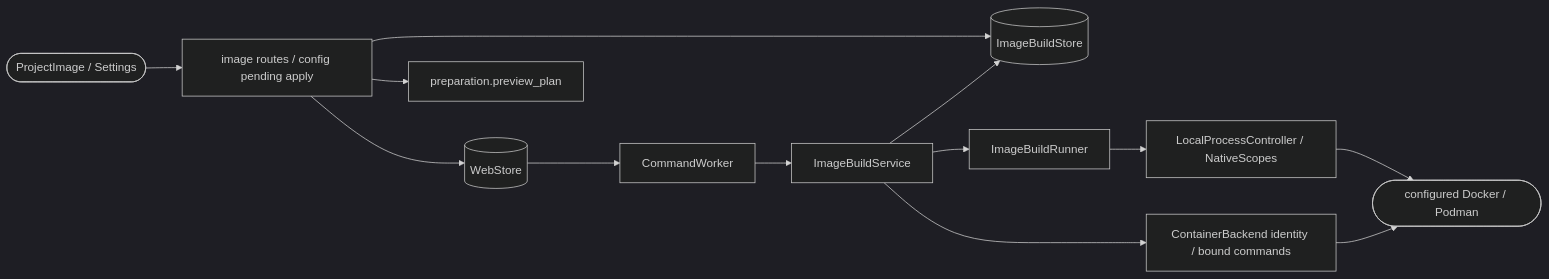
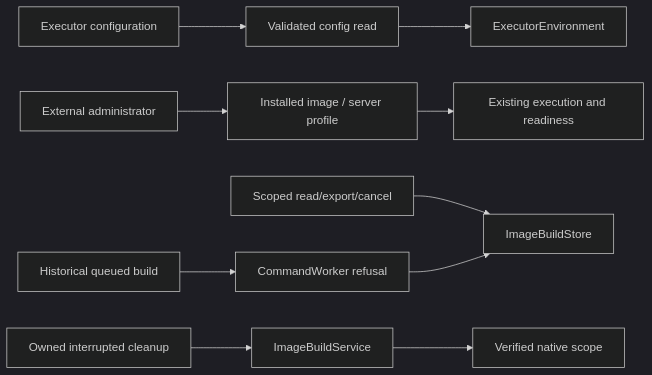
The diagram in .agentic/knowledge/project-images.md (DDP-Engineering/AgenticDeliveryOrchestratorRuntimeEngine), drawn with Mermaid (dark theme) before and after one commit. The commit also changed other lines of this file and 43 other files, not shown here.

First line of the commit message:
Externalize executor environment setup and show container guidance

````diff
--- a/.agentic/knowledge/project-images.md
+++ b/.agentic/knowledge/project-images.md
@@ -76,15 +47,12 @@
 ```mermaid
 flowchart LR
-    UI([ProjectImage / Settings]) --> API[image routes / config pending apply]
-    API --> Store[(ImageBuildStore)]
-    API --> Queue[(WebStore)]
-    Queue --> Worker[CommandWorker]
-    Worker --> Service[ImageBuildService]
-    Service --> Store
-    Service --> Client[ImageBuildRunner]
-    Client --> Scope[LocalProcessController / NativeScopes]
-    Scope --> Runtime([configured Docker / Podman])
-    Service --> Backend[ContainerBackend identity / bound commands]
-    Backend --> Runtime
-    API --> Plan[preparation.preview_plan]
+    Tab[Executor configuration] --> Read[Validated config read]
+    Read --> Guide[ExecutorEnvironment]
+    Operator[External administrator] --> Image[Installed image / server profile]
+    Image --> Runtime[Existing execution and readiness]
+    History[Scoped read/export/cancel] --> Store[ImageBuildStore]
+    Queue[Historical queued build] --> Reject[CommandWorker refusal]
+    Reject --> Store
+    Recovery[Owned interrupted cleanup] --> Service[ImageBuildService]
+    Service --> Scope[Verified native scope]
 ```
````
